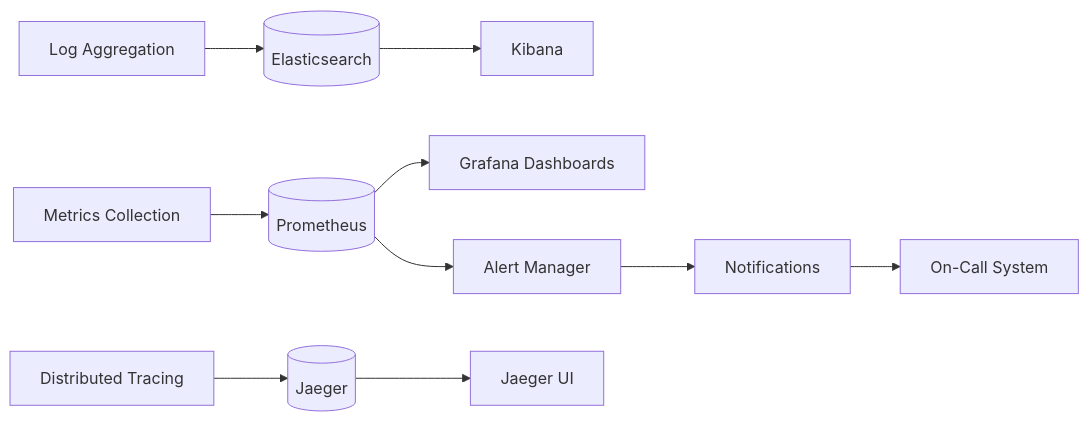
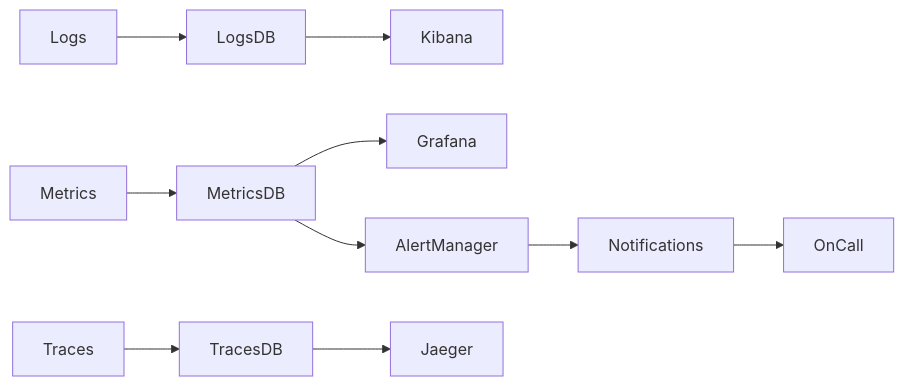
Diagram 12 of 16 in docs/guide/architecture.md (fluxsce/gateway), drawn with Mermaid before and after one commit. The commit also changed other lines of this file, not shown here.

Commit message:
架构图预览显示问题

````diff
--- a/docs/guide/architecture.md
+++ b/docs/guide/architecture.md
@@ -341,14 +318,14 @@
 ```mermaid
 graph LR
-    Metrics[Metrics Collection] --> MetricsDB[(Prometheus)]
-    Logs[Log Aggregation] --> LogsDB[(Elasticsearch)]
-    Traces[Distributed Tracing] --> TracesDB[(Jaeger)]
+    Metrics --> MetricsDB
+    Logs --> LogsDB
+    Traces --> TracesDB
     
-    MetricsDB --> Grafana[Grafana Dashboards]
-    LogsDB --> Kibana[Kibana]
-    TracesDB --> Jaeger[Jaeger UI]
+    MetricsDB --> Grafana
+    LogsDB --> Kibana
+    TracesDB --> Jaeger
     
-    MetricsDB --> AlertManager[Alert Manager]
-    AlertManager --> Notifications[Notifications]
-    Notifications --> OnCall[On-Call System]
+    MetricsDB --> AlertManager
+    AlertManager --> Notifications
+    Notifications --> OnCall
 ```
````
